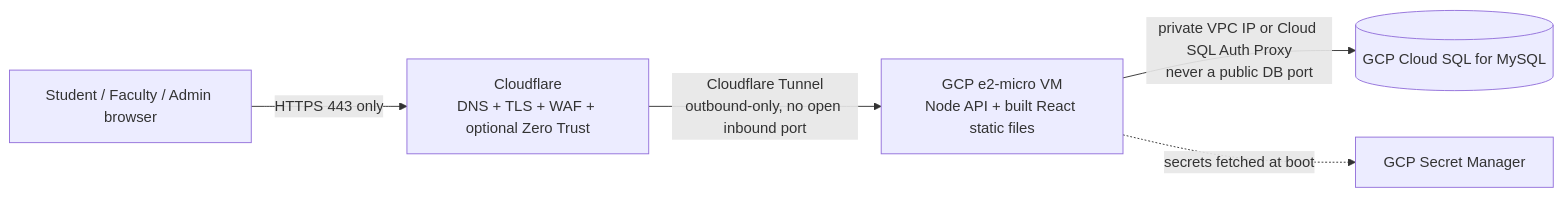
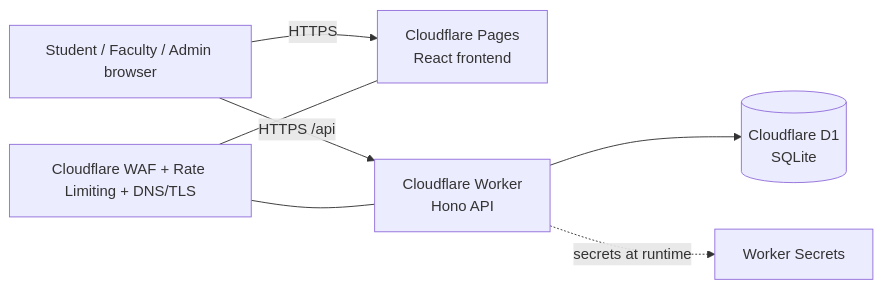
Before and after one commit to drewjeanette/Talon: the diagram in docs/DEPLOYMENT.md, drawn with Mermaid. The commit also changed other lines of this file and 78 other files, not shown here.

````diff
--- a/docs/DEPLOYMENT.md
+++ b/docs/DEPLOYMENT.md
@@ -9,7 +7,9 @@
 ```mermaid
 flowchart LR
-    U[Student / Faculty / Admin browser] -->|HTTPS 443 only| CF[Cloudflare<br/>DNS + TLS + WAF + optional Zero Trust]
-    CF -->|Cloudflare Tunnel<br/>outbound-only, no open inbound port| VM[GCP e2-micro VM<br/>Node API + built React static files]
-    VM -->|private VPC IP or Cloud SQL Auth Proxy<br/>never a public DB port| DB[(GCP Cloud SQL for MySQL)]
-    VM -.->|secrets fetched at boot| SM[GCP Secret Manager]
+    U[Student / Faculty / Admin browser] -->|HTTPS| P[Cloudflare Pages<br/>React frontend]
+    U -->|HTTPS /api| W[Cloudflare Worker<br/>Hono API]
+    W --> D[(Cloudflare D1<br/>SQLite)]
+    W -.->|secrets at runtime| S[Worker Secrets]
+    CF[Cloudflare WAF + Rate Limiting + DNS/TLS] --- P
+    CF --- W
 ```
````
